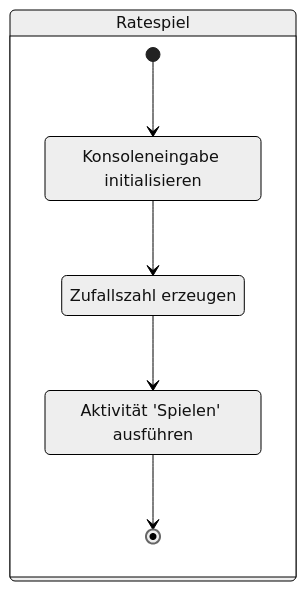
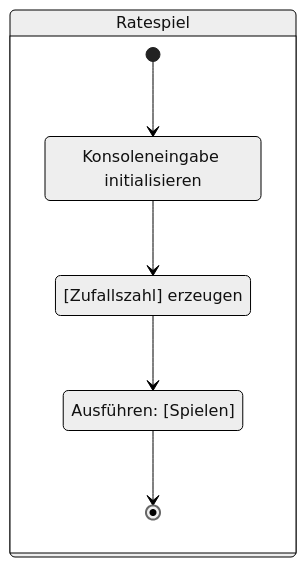
The second of 4 diagrams in docs/exercises/activity-diagrams/activity-diagrams01.mdx (jappuccini/java-docs), drawn with Mermaid (neutral theme) before and after one commit. The commit also changed other lines of this file and 5 other files, not shown here.

````diff
--- a/docs/exercises/activity-diagrams/activity-diagrams01.mdx
+++ b/docs/exercises/activity-diagrams/activity-diagrams01.mdx
@@ -26,13 +26,13 @@
 ```mermaid
 stateDiagram-v2
     state "Konsoleneingabe initialisieren" as state1
-    state "Zufallszahl erzeugen" as state2
-    state "Aktivität 'Spielen' ausführen" as state3
+    state "[Zufallszahl] erzeugen" as state2
+    state "Ausführen: [Spielen]" as state3
 
     state "Ratespiel" as main {
         [*] --> state1
         state1 --> state2
         state2 --> state3
         state3 --> [*]
     }
 ```
````
